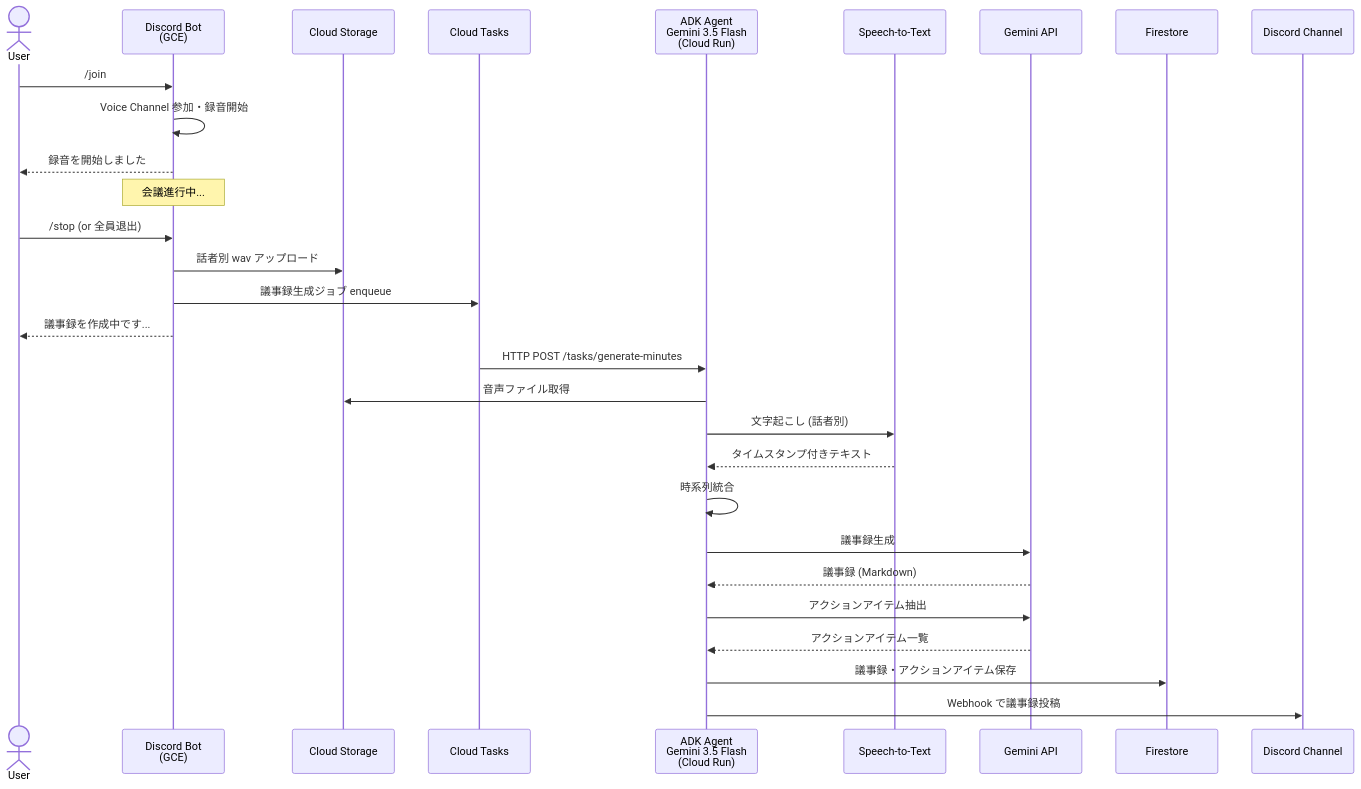
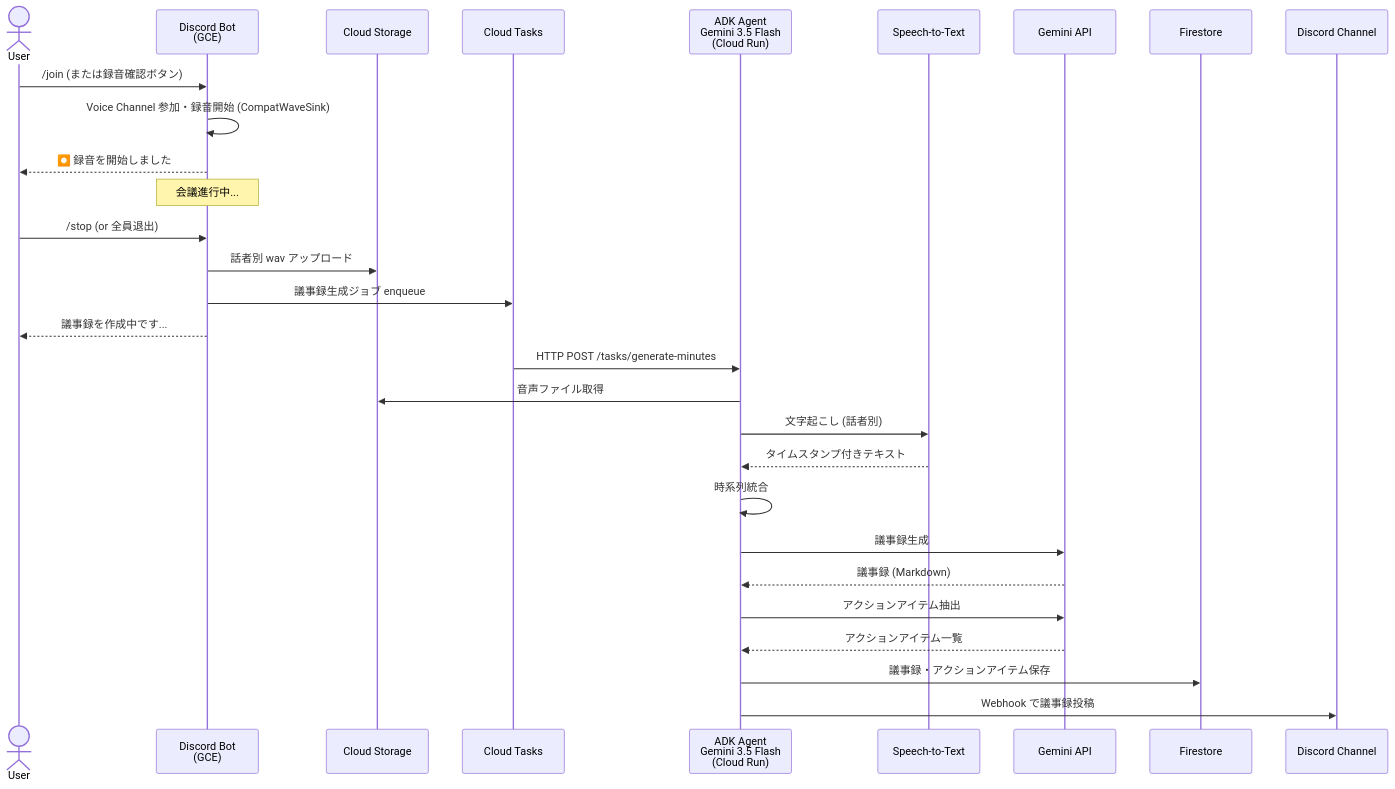
One commit to hinapupil/minutes-agent changed the second of 7 diagrams in docs/design.md. Above: the diagram before and after it, drawn with Mermaid. The commit also changed other lines of this file and 1 other file, not shown here.

````diff
--- a/docs/design.md
+++ b/docs/design.md
@@ -98,35 +100,35 @@
 ```mermaid
 sequenceDiagram
     actor User
     participant Bot as Discord Bot<br/>(GCE)
     participant GCS as Cloud Storage
     participant CT as Cloud Tasks
     participant Agent as ADK Agent<br/>Gemini 3.5 Flash<br/>(Cloud Run)
     participant STT as Speech-to-Text
     participant Gemini as Gemini API
     participant FS as Firestore
     participant DC as Discord Channel
 
-    User->>Bot: /join
-    Bot->>Bot: Voice Channel 参加・録音開始
-    Bot-->>User: 録音を開始しました
+    User->>Bot: /join (または録音確認ボタン)
+    Bot->>Bot: Voice Channel 参加・録音開始 (CompatWaveSink)
+    Bot-->>User: ⏺️ 録音を開始しました
 
     Note over Bot: 会議進行中...
 
     User->>Bot: /stop (or 全員退出)
     Bot->>GCS: 話者別 wav アップロード
     Bot->>CT: 議事録生成ジョブ enqueue
     Bot-->>User: 議事録を作成中です...
 
     CT->>Agent: HTTP POST /tasks/generate-minutes
     Agent->>GCS: 音声ファイル取得
     Agent->>STT: 文字起こし (話者別)
     STT-->>Agent: タイムスタンプ付きテキスト
     Agent->>Agent: 時系列統合
     Agent->>Gemini: 議事録生成
     Gemini-->>Agent: 議事録 (Markdown)
     Agent->>Gemini: アクションアイテム抽出
     Gemini-->>Agent: アクションアイテム一覧
     Agent->>FS: 議事録・アクションアイテム保存
     Agent->>DC: Webhook で議事録投稿
 ```
````
